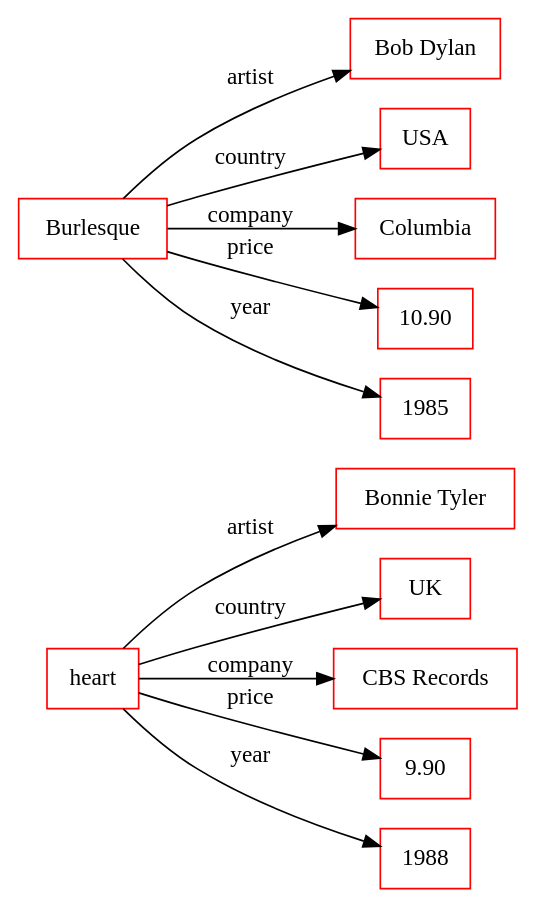
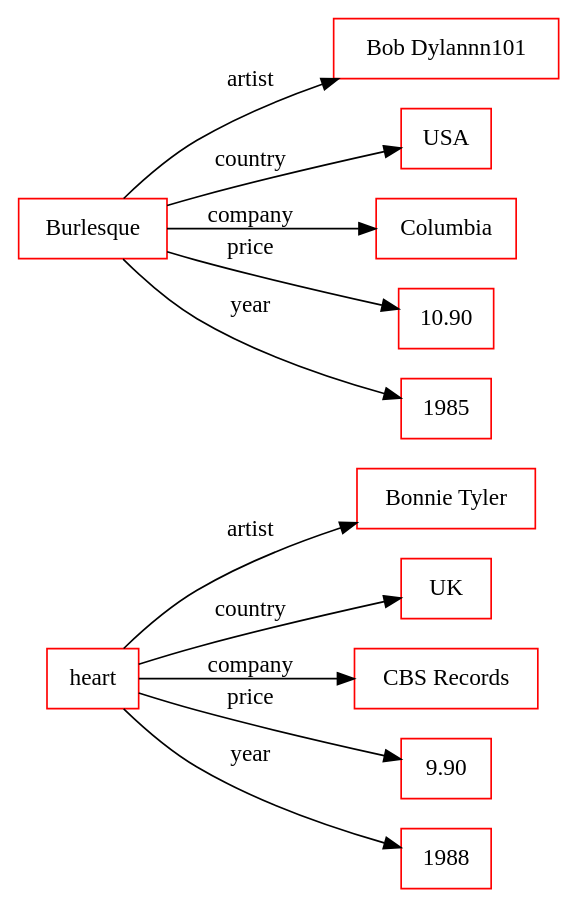
The diagram in drawings/ar2dtool-class.conf/org/sample.rdf.png.dot (ahmad88me/target), drawn with Graphviz before and after one commit. The commit also changed 2 other files, not shown here.

```diff
--- a/drawings/ar2dtool-class.conf/org/sample.rdf.png.dot
+++ b/drawings/ar2dtool-class.conf/org/sample.rdf.png.dot
@@ -1,16 +1,16 @@
 digraph ar2dtool_diagram { 
 rankdir=LR;
 size="1000"
-node [shape = rectangle, color="red"]; "Bonnie Tyler" "UK" "CBS Records" "9.90" "1988" "Bob Dylan" "USA" "Columbia" "10.90" "1985" ; /*literals style*/
+node [shape = rectangle, color="red"]; "Bonnie Tyler" "UK" "CBS Records" "9.90" "1988" "Bob Dylannn101" "USA" "Columbia" "10.90" "1985" ; /*literals style*/
 	"heart" -> "Bonnie Tyler" [ label = "artist" ];
 	"heart" -> "UK" [ label = "country" ];
 	"heart" -> "CBS Records" [ label = "company" ];
 	"heart" -> "9.90" [ label = "price" ];
 	"heart" -> "1988" [ label = "year" ];
-	"Burlesque" -> "Bob Dylan" [ label = "artist" ];
+	"Burlesque" -> "Bob Dylannn101" [ label = "artist" ];
 	"Burlesque" -> "USA" [ label = "country" ];
 	"Burlesque" -> "Columbia" [ label = "company" ];
 	"Burlesque" -> "10.90" [ label = "price" ];
 	"Burlesque" -> "1985" [ label = "year" ];
 
 }
```
